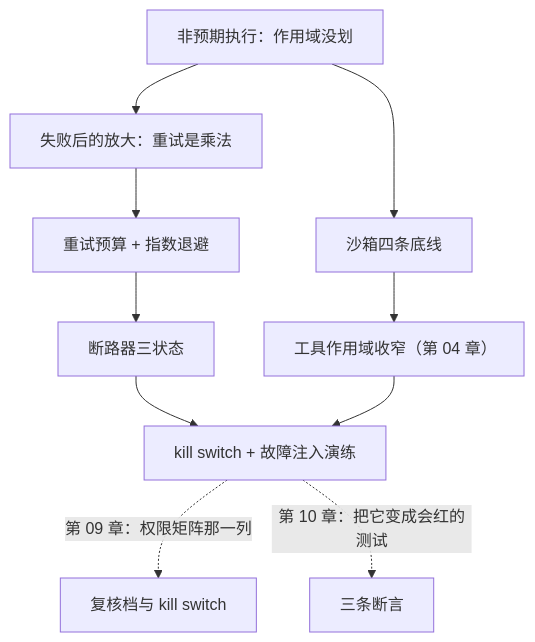
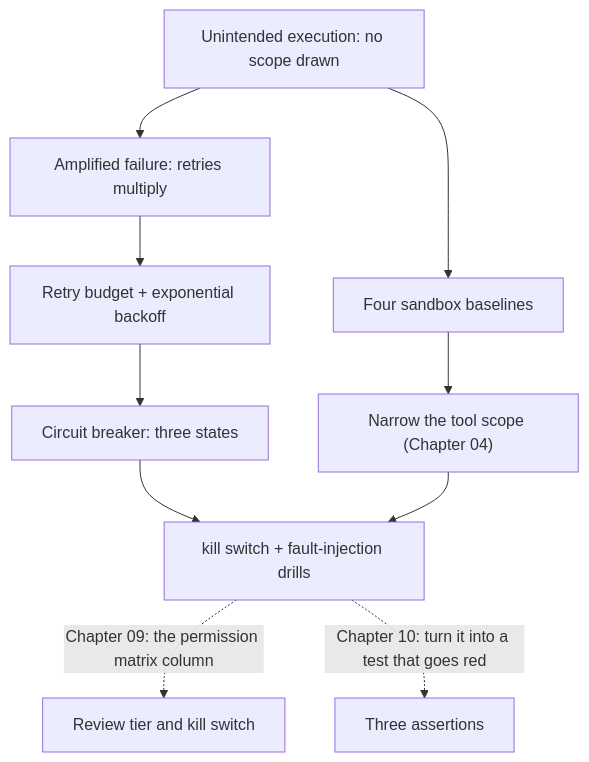
The diagram in phase4/chapters/ch08-execution-and-cascade.md (xzlxiao/vibe-coding-textbook), drawn with Mermaid before and after one commit. The commit also changed other lines of this file and 10 other files, not shown here.

````diff
--- a/phase4/chapters/ch08-execution-and-cascade.md
+++ b/phase4/chapters/ch08-execution-and-cascade.md
@@ -218,12 +218,12 @@
 ```mermaid
 flowchart TD
-    A["非预期执行：作用域没划"] --> B["沙箱四条底线"]
-    A --> C["失败后的放大：重试是乘法"]
-    C --> D["重试预算 + 指数退避"]
-    D --> E["断路器三状态"]
-    E --> F["kill switch + 故障注入演练"]
-    B --> G["工具作用域收窄（第 04 章）"]
+    A["Unintended execution: no scope drawn"] --> B["Four sandbox baselines"]
+    A --> C["Amplified failure: retries multiply"]
+    C --> D["Retry budget + exponential backoff"]
+    D --> E["Circuit breaker: three states"]
+    E --> F["kill switch + fault-injection drills"]
+    B --> G["Narrow the tool scope (Chapter 04)"]
     G --> F
-    F -.->|"第 09 章：权限矩阵那一列"| N["复核档与 kill switch"]
-    F -.->|"第 10 章：把它变成会红的测试"| M["三条断言"]
+    F -.->|"Chapter 09: the permission matrix column"| N["Review tier and kill switch"]
+    F -.->|"Chapter 10: turn it into a test that goes red"| M["Three assertions"]
 ```
````
